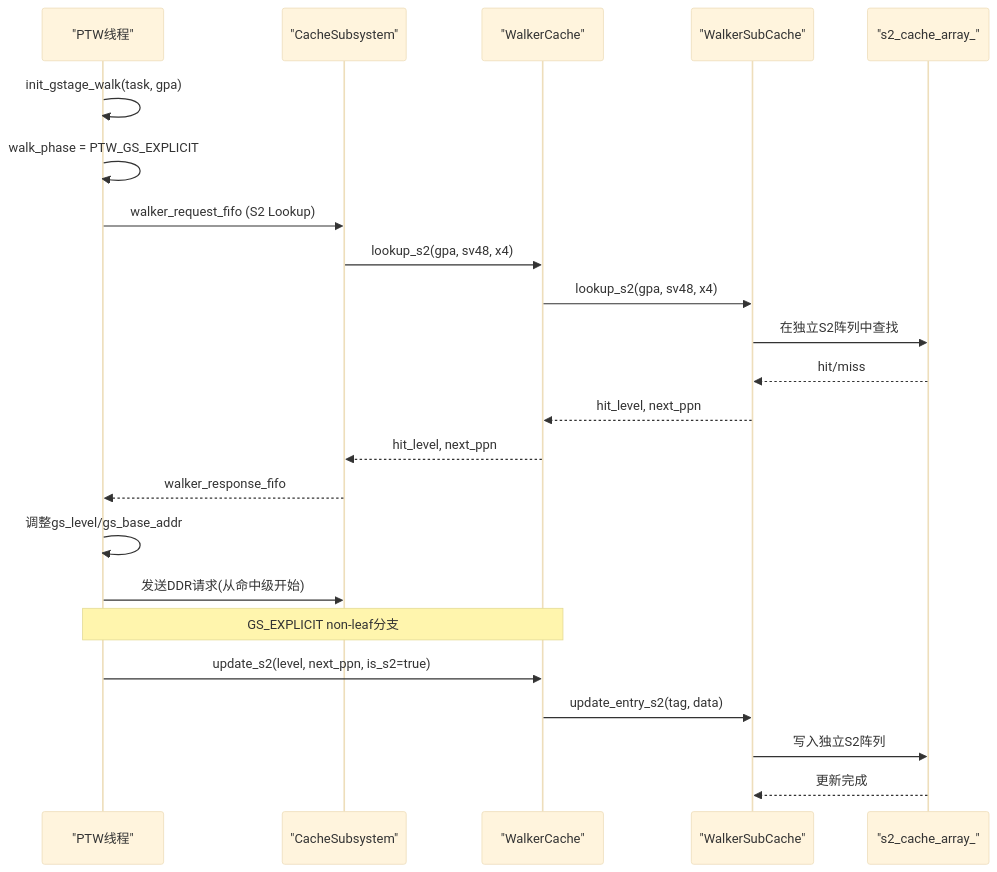
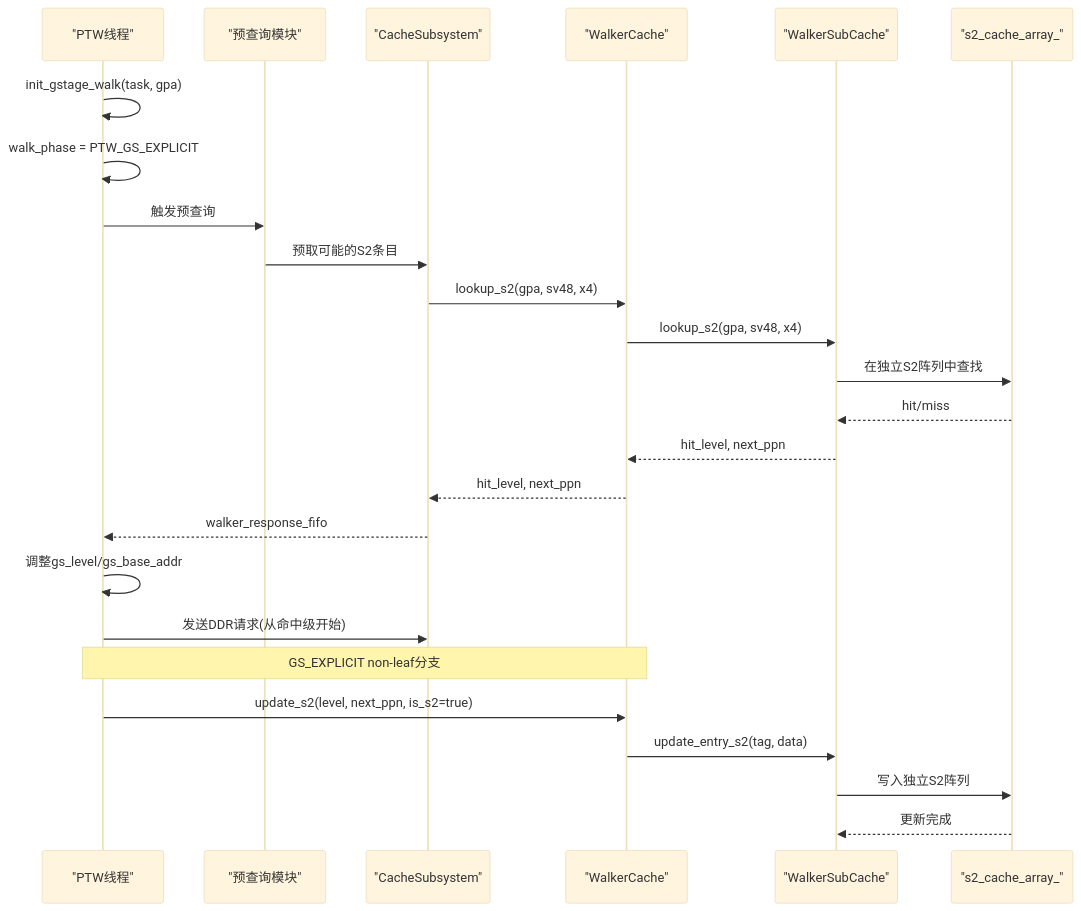
The seventh of 8 diagrams in .qoder/repowiki/zh/content/缓存系统/S2 Walker缓存设计文档.md (jiangjiang1122/iommu_model_20260401_v1), drawn with Mermaid (base theme) before and after one commit. The commit also changed other lines of this file and 186 other files, not shown here.

````diff
--- a/.qoder/repowiki/zh/content/缓存系统/S2 Walker缓存设计文档.md
+++ b/.qoder/repowiki/zh/content/缓存系统/S2 Walker缓存设计文档.md
@@ -300,25 +332,27 @@
 ```mermaid
 sequenceDiagram
 participant PTW as "PTW线程"
+participant PREF as "预查询模块"
 participant CS as "CacheSubsystem"
 participant WC as "WalkerCache"
 participant SC as "WalkerSubCache"
 participant S2ARR as "s2_cache_array_"
 PTW->>PTW : init_gstage_walk(task, gpa)
 PTW->>PTW : walk_phase = PTW_GS_EXPLICIT
-PTW->>CS : walker_request_fifo (S2 Lookup)
+PTW->>PREF : 触发预查询
+PREF->>CS : 预取可能的S2条目
 CS->>WC : lookup_s2(gpa, sv48, x4)
 WC->>SC : lookup_s2(gpa, sv48, x4)
 SC->>S2ARR : 在独立S2阵列中查找
 S2ARR-->>SC : hit/miss
 SC-->>WC : hit_level, next_ppn
 WC-->>CS : hit_level, next_ppn
 CS-->>PTW : walker_response_fifo
 PTW->>PTW : 调整gs_level/gs_base_addr
 PTW->>CS : 发送DDR请求(从命中级开始)
 Note over PTW,WC : GS_EXPLICIT non-leaf分支
 PTW->>WC : update_s2(level, next_ppn, is_s2=true)
 WC->>SC : update_entry_s2(tag, data)
 SC->>S2ARR : 写入独立S2阵列
 S2ARR-->>SC : 更新完成
 ```
````
